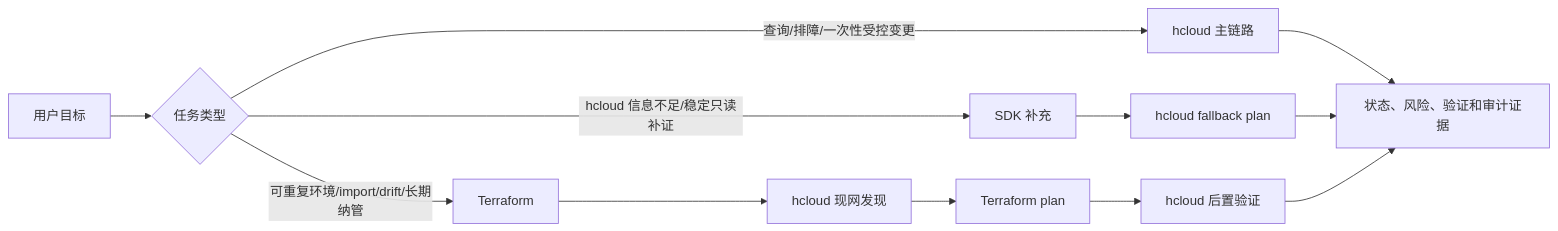
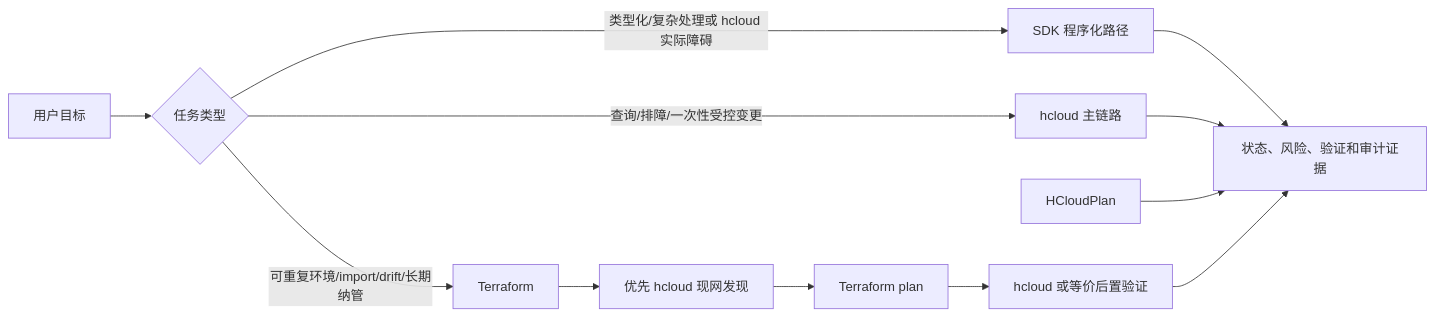
The diagram in docs/cloud-lifecycle-scenarios.md (pipixia-labs/huaweicloud-skill), drawn with Mermaid before and after one commit. The commit also changed other lines of this file and 43 other files, not shown here.

````diff
--- a/docs/cloud-lifecycle-scenarios.md
+++ b/docs/cloud-lifecycle-scenarios.md
@@ -41,14 +42,14 @@
 ```mermaid
 flowchart LR
     Goal["用户目标"] --> Intent{"任务类型"}
     Intent -->|查询/排障/一次性受控变更| HCloud["hcloud 主链路"]
-    Intent -->|hcloud 信息不足/稳定只读补证| SDK["SDK 补充"]
+    Intent -->|类型化/复杂处理或 hcloud 实际障碍| SDK["SDK 程序化路径"]
     Intent -->|可重复环境/import/drift/长期纳管| Terraform["Terraform"]
-    SDK --> HCloudPlan["hcloud fallback plan"]
-    Terraform --> HCloudDiscovery["hcloud 现网发现"]
+    SDK --> Evidence["SDK/API 证据"]
+    Terraform --> HCloudDiscovery["优先 hcloud 现网发现"]
     HCloudDiscovery --> TFPlan["Terraform plan"]
-    TFPlan --> HCloudVerify["hcloud 后置验证"]
+    TFPlan --> HCloudVerify["hcloud 或等价后置验证"]
     HCloud --> Evidence["状态、风险、验证和审计证据"]
     HCloudPlan --> Evidence
     HCloudVerify --> Evidence
 ```
````
